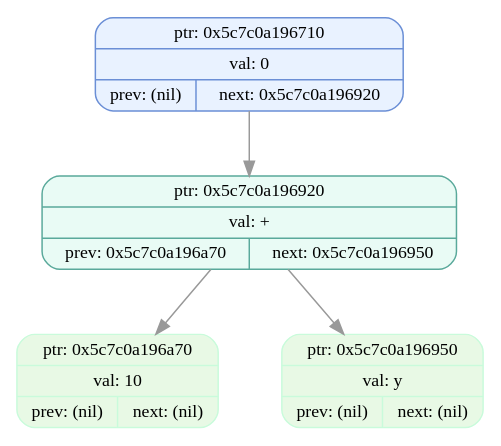
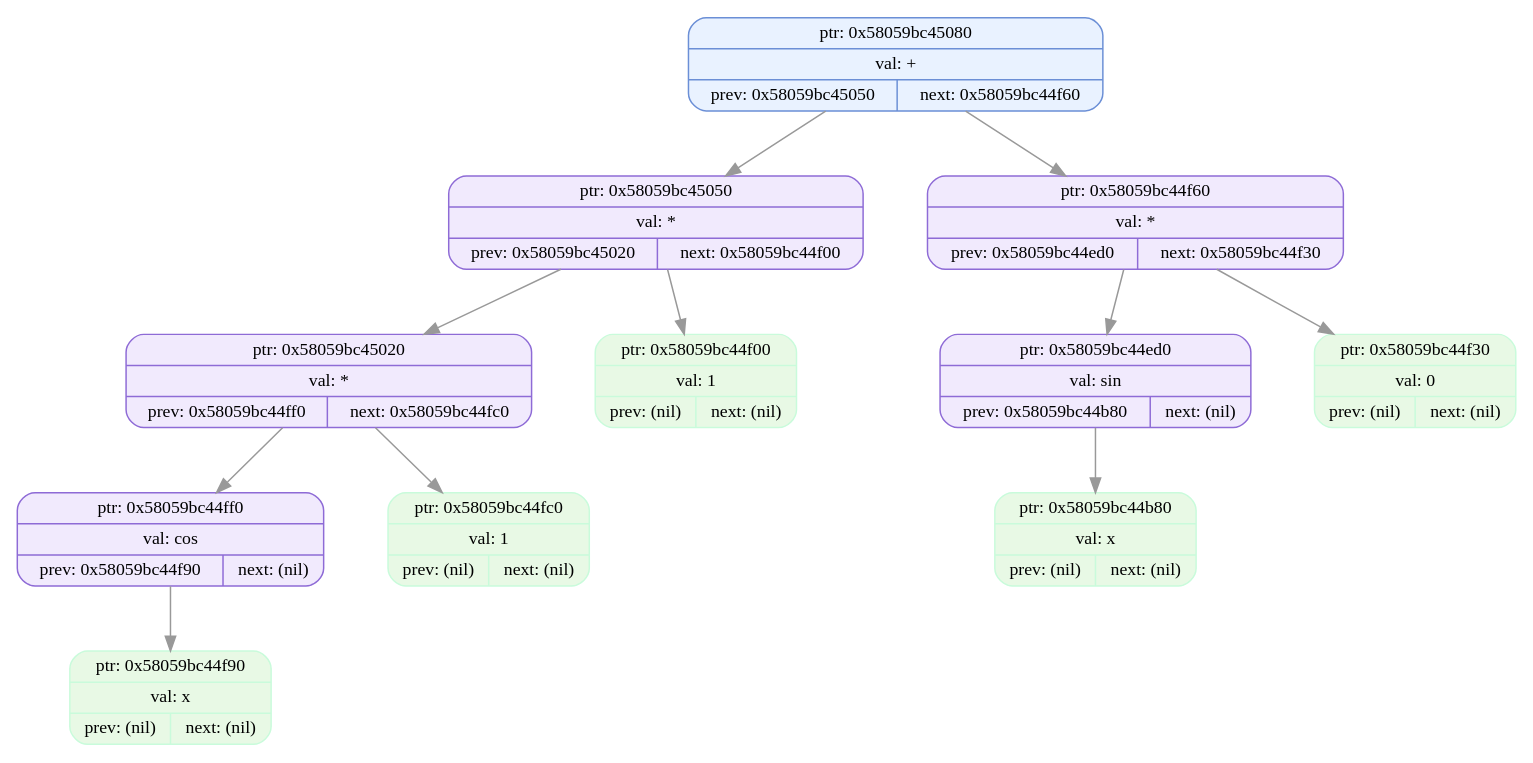
One commit to EvilTomato9890/Difference changed the diagram in dumps/tree_dump_005.dot. Above: the diagram before and after it, drawn with Graphviz. The commit also changed 29 other files, not shown here.

```diff
--- a/dumps/tree_dump_005.dot
+++ b/dumps/tree_dump_005.dot
@@ -1,11 +1,25 @@
 digraph T{
   node [fontname="Fira Mono",shape=record,style="filled,rounded",fontsize=12];
   graph [splines=true, nodesep=0.6, ranksep=0.6];
-  node_0x5c7c0a196710[shape=record,label="{ {ptr: 0x5c7c0a196710} | {val: 0} | { prev: (nil) | next: 0x5c7c0a196920 } }",color="#6b8fd6",fillcolor="#e9f2ff"];
-  node_0x5c7c0a196920[shape=record,label="{ {ptr: 0x5c7c0a196920} | {val: +} | { prev: 0x5c7c0a196a70 | next: 0x5c7c0a196950 } }",color="#5aa99b",fillcolor="#e9fbf5"];
-  node_0x5c7c0a196a70[shape=record,label="{ {ptr: 0x5c7c0a196a70} | {val: 10} | { prev: (nil) | next: (nil) } }",color="#c9fbdbff",fillcolor="#e8f9e5ff"];
-  node_0x5c7c0a196950[shape=record,label="{ {ptr: 0x5c7c0a196950} | {val: y} | { prev: (nil) | next: (nil) } }",color="#c9fbdbff",fillcolor="#e8f9e5ff"];
-  node_0x5c7c0a196710 -> node_0x5c7c0a196920 [color="#999999"];
-  node_0x5c7c0a196920 -> node_0x5c7c0a196a70 [color="#999999"];
-  node_0x5c7c0a196920 -> node_0x5c7c0a196950 [color="#999999"];
+  node_0x58059bc45080[shape=record,label="{ {ptr: 0x58059bc45080} | {val: +} | { prev: 0x58059bc45050 | next: 0x58059bc44f60 } }",color="#6b8fd6",fillcolor="#e9f2ff"];
+  node_0x58059bc45050[shape=record,label="{ {ptr: 0x58059bc45050} | {val: *} | { prev: 0x58059bc45020 | next: 0x58059bc44f00 } }",color="#8e6bd6",fillcolor="#f1eafd"];
+  node_0x58059bc45020[shape=record,label="{ {ptr: 0x58059bc45020} | {val: *} | { prev: 0x58059bc44ff0 | next: 0x58059bc44fc0 } }",color="#8e6bd6",fillcolor="#f1eafd"];
+  node_0x58059bc44ff0[shape=record,label="{ {ptr: 0x58059bc44ff0} | {val: cos} | { prev: 0x58059bc44f90 | next: (nil) } }",color="#8e6bd6",fillcolor="#f1eafd"];
+  node_0x58059bc44f90[shape=record,label="{ {ptr: 0x58059bc44f90} | {val: x} | { prev: (nil) | next: (nil) } }",color="#c9fbdbff",fillcolor="#e8f9e5ff"];
+  node_0x58059bc44fc0[shape=record,label="{ {ptr: 0x58059bc44fc0} | {val: 1} | { prev: (nil) | next: (nil) } }",color="#c9fbdbff",fillcolor="#e8f9e5ff"];
+  node_0x58059bc44f00[shape=record,label="{ {ptr: 0x58059bc44f00} | {val: 1} | { prev: (nil) | next: (nil) } }",color="#c9fbdbff",fillcolor="#e8f9e5ff"];
+  node_0x58059bc44f60[shape=record,label="{ {ptr: 0x58059bc44f60} | {val: *} | { prev: 0x58059bc44ed0 | next: 0x58059bc44f30 } }",color="#8e6bd6",fillcolor="#f1eafd"];
+  node_0x58059bc44ed0[shape=record,label="{ {ptr: 0x58059bc44ed0} | {val: sin} | { prev: 0x58059bc44b80 | next: (nil) } }",color="#8e6bd6",fillcolor="#f1eafd"];
+  node_0x58059bc44b80[shape=record,label="{ {ptr: 0x58059bc44b80} | {val: x} | { prev: (nil) | next: (nil) } }",color="#c9fbdbff",fillcolor="#e8f9e5ff"];
+  node_0x58059bc44f30[shape=record,label="{ {ptr: 0x58059bc44f30} | {val: 0} | { prev: (nil) | next: (nil) } }",color="#c9fbdbff",fillcolor="#e8f9e5ff"];
+  node_0x58059bc45080 -> node_0x58059bc45050 [color="#999999"];
+  node_0x58059bc45080 -> node_0x58059bc44f60 [color="#999999"];
+  node_0x58059bc45050 -> node_0x58059bc45020 [color="#999999"];
+  node_0x58059bc45050 -> node_0x58059bc44f00 [color="#999999"];
+  node_0x58059bc45020 -> node_0x58059bc44ff0 [color="#999999"];
+  node_0x58059bc45020 -> node_0x58059bc44fc0 [color="#999999"];
+  node_0x58059bc44ff0 -> node_0x58059bc44f90 [color="#999999"];
+  node_0x58059bc44f60 -> node_0x58059bc44ed0 [color="#999999"];
+  node_0x58059bc44f60 -> node_0x58059bc44f30 [color="#999999"];
+  node_0x58059bc44ed0 -> node_0x58059bc44b80 [color="#999999"];
 }
```
